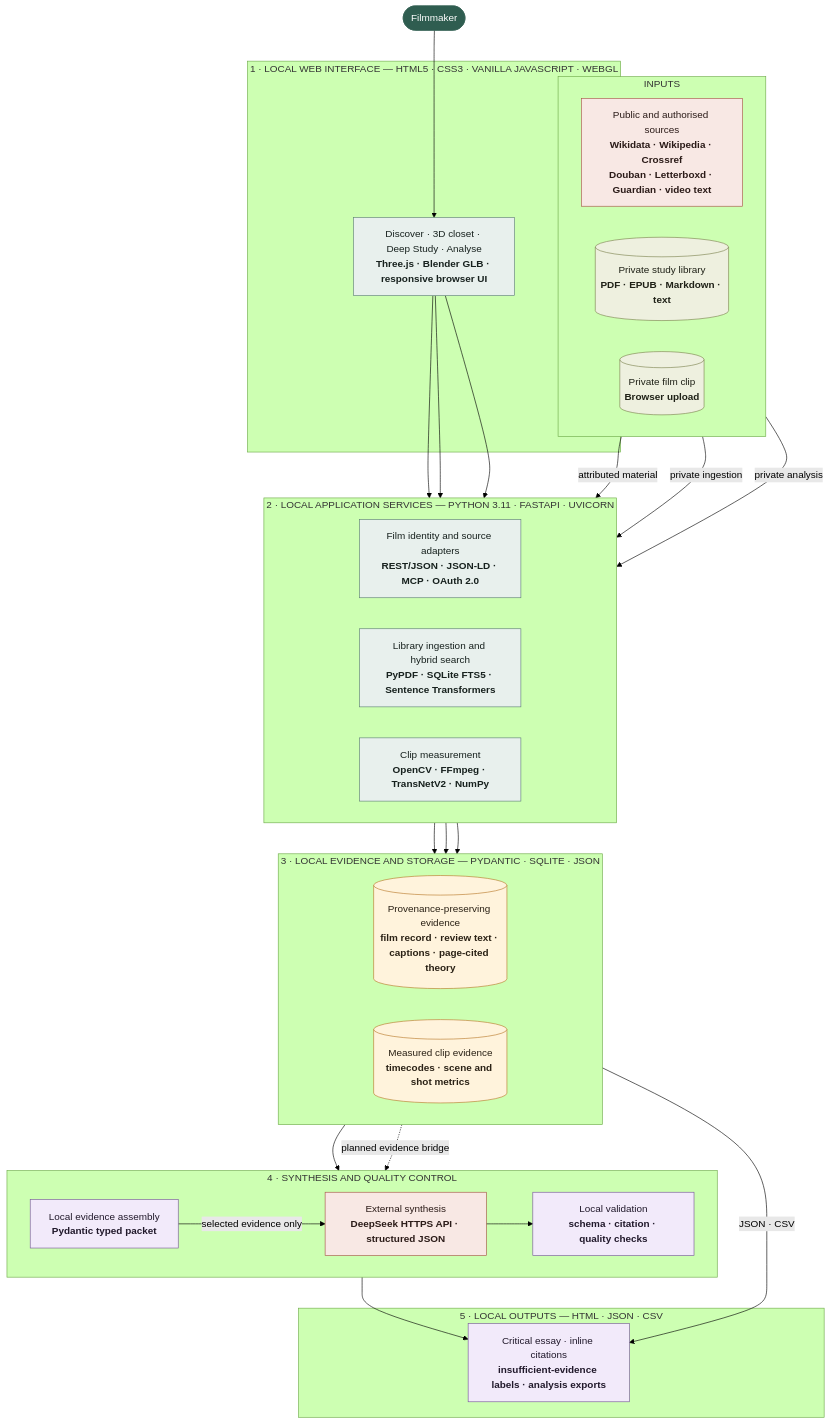
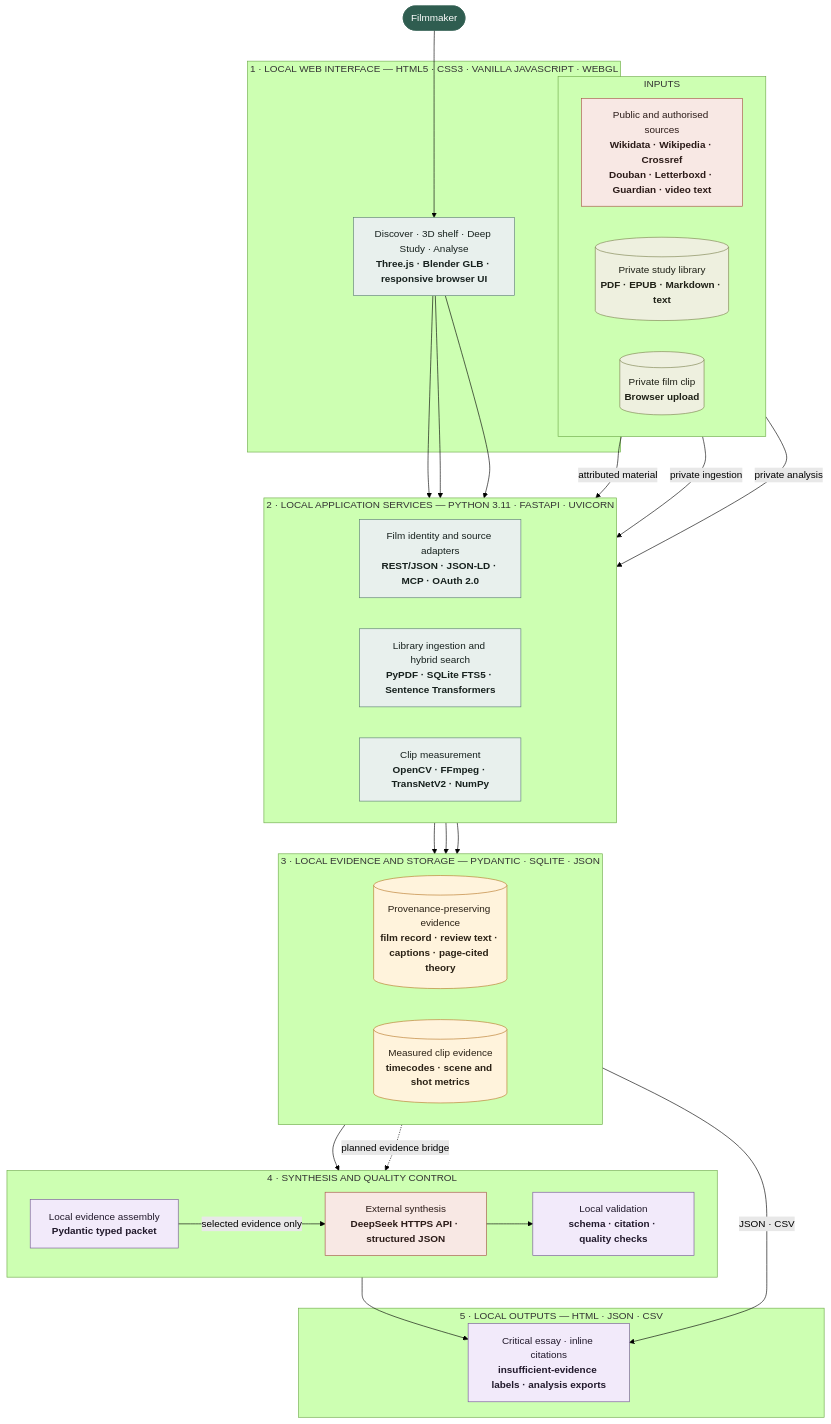
The diagram in readme.md (Luo-Z-Y/FirstRoll), drawn with Mermaid (forest theme) before and after one commit. The commit also changed other lines of this file and 7 other files, not shown here.

Commit message:
fix: replace overlapping closet with film shelf

````diff
--- a/readme.md
+++ b/readme.md
@@ -101,71 +102,71 @@
 ```mermaid
 flowchart TB
     MAKER(["Filmmaker"])
 
     subgraph L1["1 · LOCAL WEB INTERFACE — HTML5 · CSS3 · VANILLA JAVASCRIPT · WEBGL"]
-        UI["Discover · 3D closet · Deep Study · Analyse<br/><b>Three.js · Blender GLB · responsive browser UI</b>"]
+        UI["Discover · 3D shelf · Deep Study · Analyse<br/><b>Three.js · Blender GLB · responsive browser UI</b>"]
     end
 
     subgraph INPUTS["INPUTS"]
         direction LR
         RESEARCH["Public and authorised sources<br/><b>Wikidata · Wikipedia · Crossref<br/>Douban · Letterboxd · Guardian · video text</b>"]
         LIBRARY[("Private study library<br/><b>PDF · EPUB · Markdown · text</b>")]
         VIDEO[("Private film clip<br/><b>Browser upload</b>")]
     end
 
     subgraph L2["2 · LOCAL APPLICATION SERVICES — PYTHON 3.11 · FASTAPI · UVICORN"]
         direction LR
         DISCOVERY["Film identity and source adapters<br/><b>REST/JSON · JSON-LD · MCP · OAuth 2.0</b>"]
         RETRIEVAL["Library ingestion and hybrid search<br/><b>PyPDF · SQLite FTS5 · Sentence Transformers</b>"]
         ANALYSIS["Clip measurement<br/><b>OpenCV · FFmpeg · TransNetV2 · NumPy</b>"]
     end
 
     subgraph L3["3 · LOCAL EVIDENCE AND STORAGE — PYDANTIC · SQLITE · JSON"]
         direction LR
         EVIDENCE[("Provenance-preserving evidence<br/><b>film record · review text · captions · page-cited theory</b>")]
         MEASURE[("Measured clip evidence<br/><b>timecodes · scene and shot metrics</b>")]
     end
 
     subgraph L4["4 · SYNTHESIS AND QUALITY CONTROL"]
         direction LR
         PACKET["Local evidence assembly<br/><b>Pydantic typed packet</b>"]
         DEEPSEEK["External synthesis<br/><b>DeepSeek HTTPS API · structured JSON</b>"]
         GATE["Local validation<br/><b>schema · citation · quality checks</b>"]
     end
 
     subgraph L5["5 · LOCAL OUTPUTS — HTML · JSON · CSV"]
         OUTPUTS["Critical essay · inline citations<br/><b>insufficient-evidence labels · analysis exports</b>"]
     end
 
     MAKER --> UI
     UI --> DISCOVERY
     UI --> RETRIEVAL
     UI --> ANALYSIS
 
     RESEARCH -->|"attributed material"| DISCOVERY
     LIBRARY -->|"private ingestion"| RETRIEVAL
     VIDEO -->|"private analysis"| ANALYSIS
 
     DISCOVERY --> EVIDENCE
     RETRIEVAL --> EVIDENCE
     ANALYSIS --> MEASURE
     EVIDENCE --> PACKET
     PACKET -->|"selected evidence only"| DEEPSEEK
     DEEPSEEK --> GATE --> OUTPUTS
     MEASURE -->|"JSON · CSV"| OUTPUTS
     MEASURE -. "planned evidence bridge" .-> PACKET
 
     classDef person fill:#2f5d50,stroke:#2f5d50,color:#ffffff;
     classDef service fill:#e8f0ed,stroke:#5d7f74,color:#17211e;
     classDef evidence fill:#fff3dc,stroke:#b8792a,color:#2a2115;
     classDef study fill:#f2eafa,stroke:#77569a,color:#21192b;
     classDef private fill:#eef0df,stroke:#7c824f,color:#1f2117;
     classDef external fill:#f8e8e4,stroke:#a55445,color:#2b1b18;
 
     class MAKER person;
     class UI,DISCOVERY,RETRIEVAL,ANALYSIS service;
     class EVIDENCE,MEASURE evidence;
     class PACKET,GATE,OUTPUTS study;
     class LIBRARY,VIDEO private;
     class RESEARCH,DEEPSEEK external;
 ```
````
